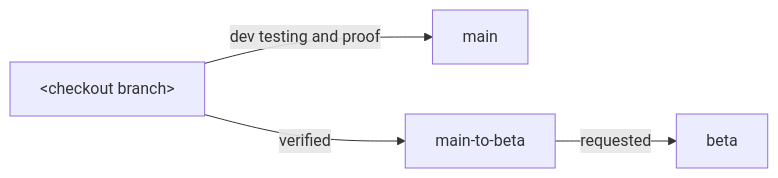
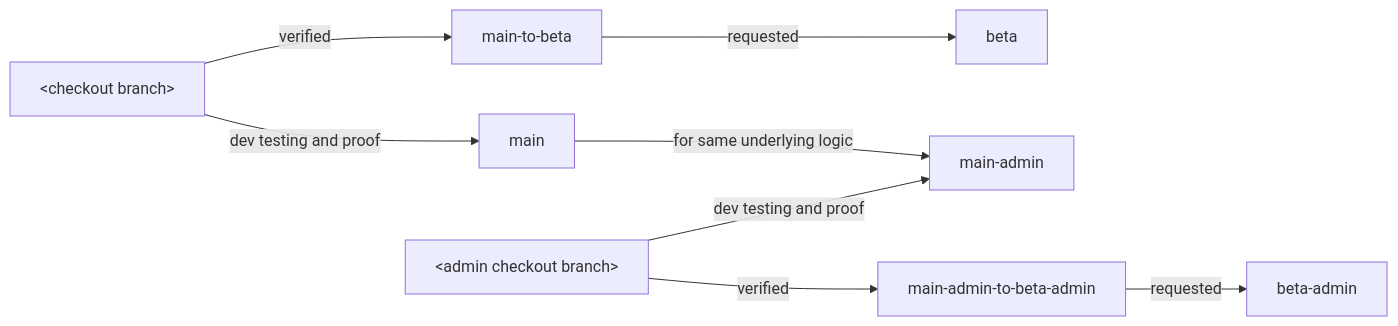
The diagram in README.md (faiyahcom/multichain-burn-dapp), drawn with Mermaid before and after one commit. The commit also changed other lines of this file, not shown here.

Commit message:
docs: :memo: update doc for admin

````diff
--- a/README.md
+++ b/README.md
@@ -24,6 +21,10 @@
 ```mermaid
 graph LR;
   checkout["&lt;checkout branch&gt;"] -->|dev testing and proof| main;
   checkout["&lt;checkout branch&gt;"] -->|verified| main-to-beta;
   main-to-beta -->|requested| beta;
+  main -->|for same underlying logic| main-admin;
+  checkout-admin["&lt;admin checkout branch&gt;"] -->|dev testing and proof| main-admin;
+  checkout-admin["&lt;admin checkout branch&gt;"] -->|verified| main-admin-to-beta-admin;
+  main-admin-to-beta-admin -->|requested| beta-admin;
 ```
````
